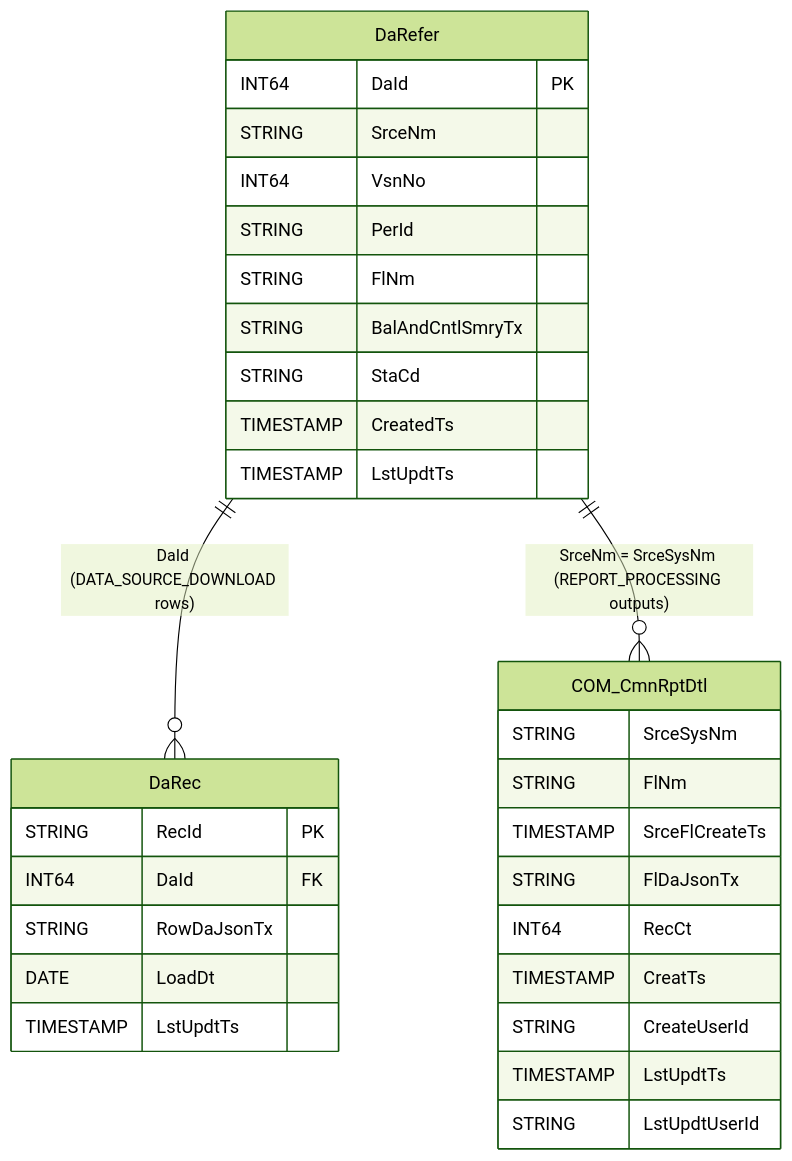
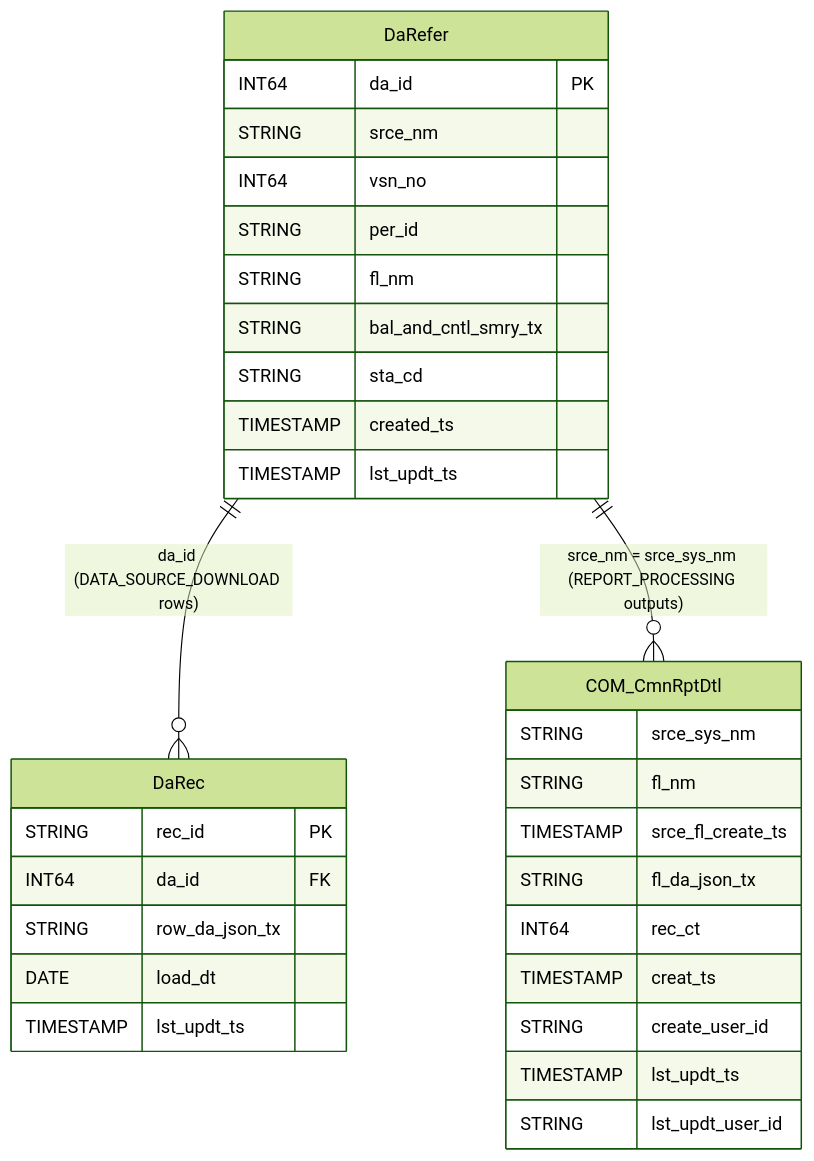
One commit to tushark-16bit/beam_framework changed diagram 12 of 13 in WALKTHROUGH.md. Above: the diagram before and after it, drawn with Mermaid (forest theme). The commit also changed other lines of this file and 17 other files, not shown here.

````diff
--- a/WALKTHROUGH.md
+++ b/WALKTHROUGH.md
@@ -640,37 +640,37 @@
 ```mermaid
 erDiagram
     DaRefer {
-        INT64 DaId PK
-        STRING SrceNm
-        INT64 VsnNo
-        STRING PerId
-        STRING FlNm
-        STRING BalAndCntlSmryTx
-        STRING StaCd
-        TIMESTAMP CreatedTs
-        TIMESTAMP LstUpdtTs
+        INT64 da_id PK
+        STRING srce_nm
+        INT64 vsn_no
+        STRING per_id
+        STRING fl_nm
+        STRING bal_and_cntl_smry_tx
+        STRING sta_cd
+        TIMESTAMP created_ts
+        TIMESTAMP lst_updt_ts
     }
 
     DaRec {
-        STRING RecId PK
-        INT64 DaId FK
-        STRING RowDaJsonTx
-        DATE LoadDt
-        TIMESTAMP LstUpdtTs
+        STRING rec_id PK
+        INT64 da_id FK
+        STRING row_da_json_tx
+        DATE load_dt
+        TIMESTAMP lst_updt_ts
     }
 
     COM_CmnRptDtl {
-        STRING SrceSysNm
-        STRING FlNm
-        TIMESTAMP SrceFlCreateTs
-        STRING FlDaJsonTx
-        INT64 RecCt
-        TIMESTAMP CreatTs
-        STRING CreateUserId
-        TIMESTAMP LstUpdtTs
-        STRING LstUpdtUserId
+        STRING srce_sys_nm
+        STRING fl_nm
+        TIMESTAMP srce_fl_create_ts
+        STRING fl_da_json_tx
+        INT64 rec_ct
+        TIMESTAMP creat_ts
+        STRING create_user_id
+        TIMESTAMP lst_updt_ts
+        STRING lst_updt_user_id
     }
 
-    DaRefer ||--o{ DaRec : "DaId (DATA_SOURCE_DOWNLOAD rows)"
-    DaRefer ||--o{ COM_CmnRptDtl : "SrceNm = SrceSysNm (REPORT_PROCESSING outputs)"
+    DaRefer ||--o{ DaRec : "da_id (DATA_SOURCE_DOWNLOAD rows)"
+    DaRefer ||--o{ COM_CmnRptDtl : "srce_nm = srce_sys_nm (REPORT_PROCESSING outputs)"
 ```
````
